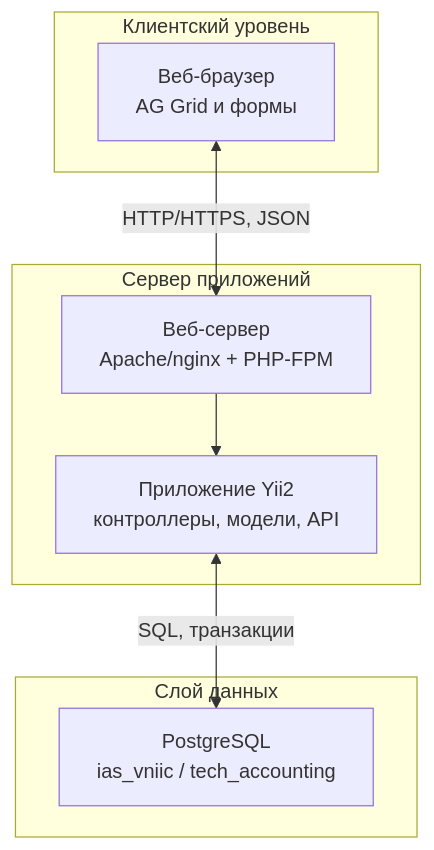
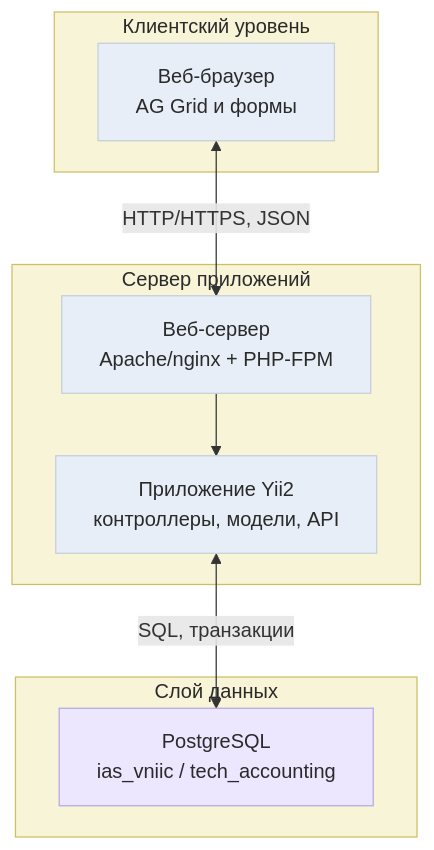
One commit to rrevva1/IAS_VNIIC changed the diagram in docs/vkr/export/mermaid-src/chapter2_fig_1.mmd. Above: the diagram before and after it, drawn with Mermaid. The commit also changed 557 other files, not shown here.

```diff
--- a/docs/vkr/export/mermaid-src/chapter2_fig_1.mmd
+++ b/docs/vkr/export/mermaid-src/chapter2_fig_1.mmd
@@ -1,14 +1,27 @@
-graph TB
+%% Рисунок 2.1 — Многослойная клиент-серверная архитектура прототипа ИАС
+%% Нотация: UML Component/Deployment (адаптировано в Mermaid)
+flowchart TB
+  classDef layer fill:#F7F4D7,stroke:#CDBF63,color:#2A2A2A,stroke-width:1px;
+  classDef component fill:#E8EEF7,stroke:#C5CEDA,color:#2A2A2A,stroke-width:1px;
+  classDef datastore fill:#ECE6FF,stroke:#B8A8E6,color:#2A2A2A,stroke-width:1px;
+
   subgraph clientLayer["Клиентский уровень"]
     browser["Веб-браузер<br/>AG Grid и формы"]
   end
+
   subgraph appLayer["Сервер приложений"]
     webServer["Веб-сервер<br/>Apache/nginx + PHP-FPM"]
     yiiApp["Приложение Yii2<br/>контроллеры, модели, API"]
     webServer --> yiiApp
   end
+
   subgraph dataLayer["Слой данных"]
     db["PostgreSQL<br/>ias_vniic / tech_accounting"]
   end
+
+  class clientLayer,appLayer,dataLayer layer;
+  class browser,webServer,yiiApp component;
+  class db datastore;
+
   browser <-->|"HTTP/HTTPS, JSON"| webServer
   yiiApp <-->|"SQL, транзакции"| db
```
